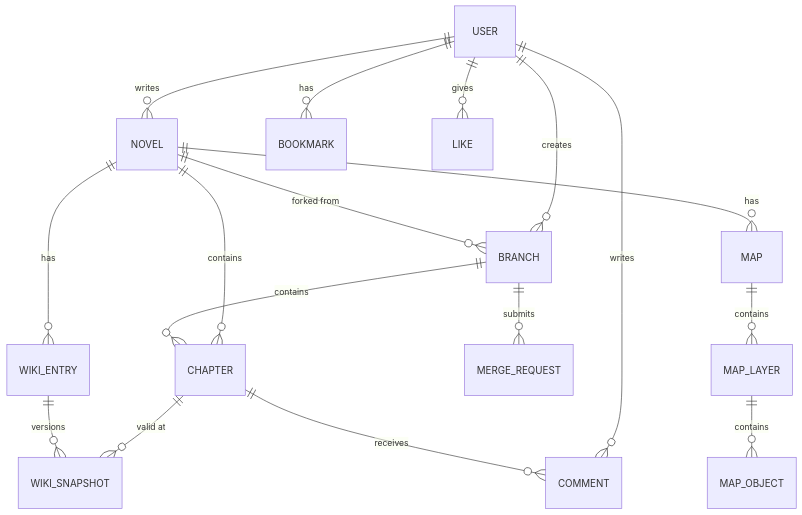
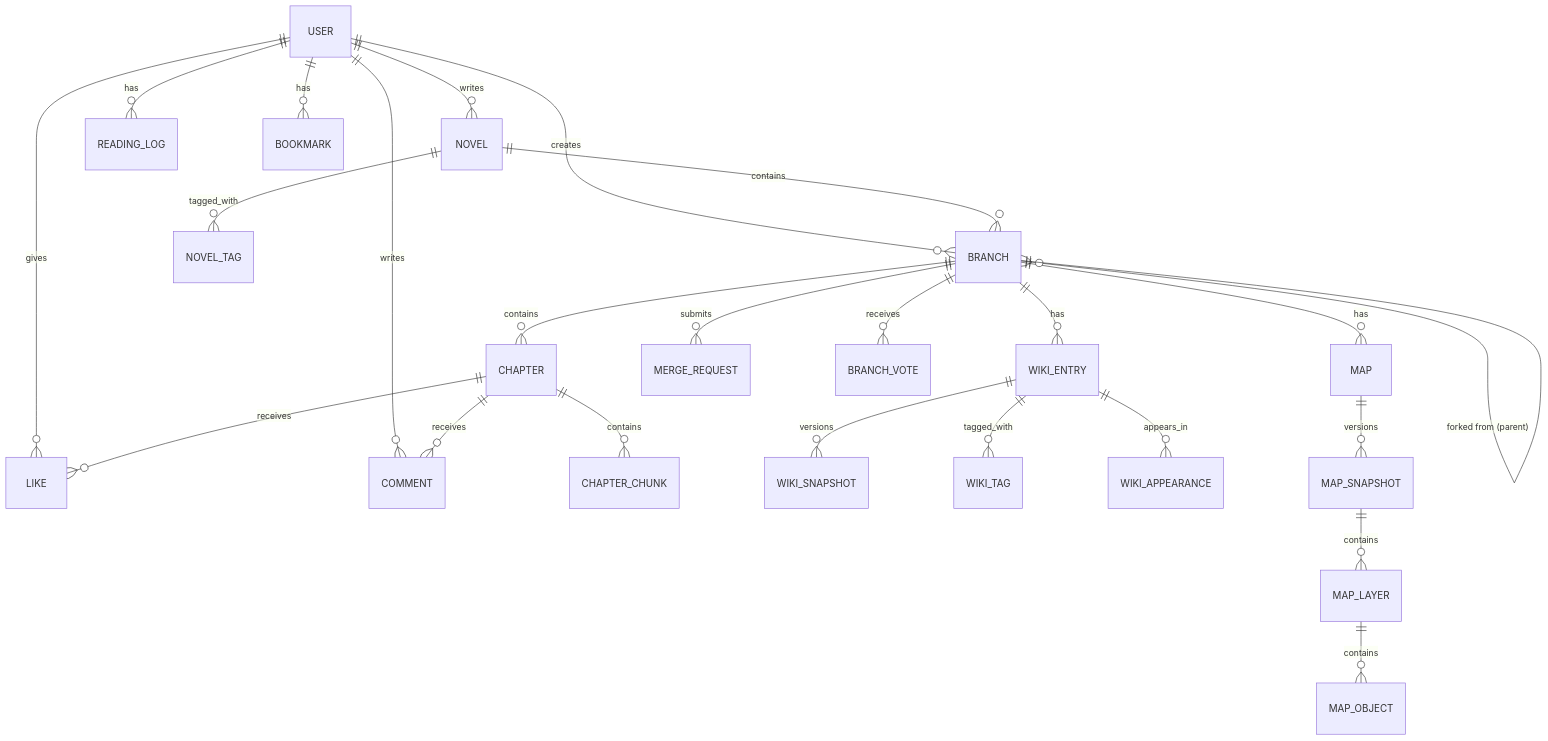
One commit to hueyjeong/ForkLore changed the diagram in docs/backend-architecture.md. Above: the diagram before and after it, drawn with Mermaid. The commit also changed other lines of this file and 1 other file, not shown here.

````diff
--- a/docs/backend-architecture.md
+++ b/docs/backend-architecture.md
@@ -249,24 +264,31 @@
 ```mermaid
 erDiagram
     USER ||--o{ NOVEL : writes
     USER ||--o{ BRANCH : creates
+    USER ||--o{ READING_LOG : has
     USER ||--o{ BOOKMARK : has
     USER ||--o{ LIKE : gives
     USER ||--o{ COMMENT : writes
     
-    NOVEL ||--o{ CHAPTER : contains
-    NOVEL ||--o{ WIKI_ENTRY : has
-    NOVEL ||--o{ BRANCH : "forked from"
-    NOVEL ||--o{ MAP : has
+    NOVEL ||--o{ BRANCH : contains
+    NOVEL ||--o{ NOVEL_TAG : tagged_with
     
-    CHAPTER ||--o{ WIKI_SNAPSHOT : "valid at"
+    BRANCH ||--o{ CHAPTER : contains
+    BRANCH ||--o{ WIKI_ENTRY : has
+    BRANCH ||--o{ MAP : has
+    BRANCH ||--o{ MERGE_REQUEST : submits
+    BRANCH ||--o{ BRANCH_VOTE : receives
+    BRANCH }o--|| BRANCH : "forked from (parent)"
+    
+    CHAPTER ||--o{ CHAPTER_CHUNK : contains
     CHAPTER ||--o{ COMMENT : receives
+    CHAPTER ||--o{ LIKE : receives
     
     WIKI_ENTRY ||--o{ WIKI_SNAPSHOT : versions
+    WIKI_ENTRY ||--o{ WIKI_TAG : tagged_with
+    WIKI_ENTRY ||--o{ WIKI_APPEARANCE : appears_in
     
-    BRANCH ||--o{ CHAPTER : contains
-    BRANCH ||--o{ MERGE_REQUEST : submits
-    
-    MAP ||--o{ MAP_LAYER : contains
+    MAP ||--o{ MAP_SNAPSHOT : versions
+    MAP_SNAPSHOT ||--o{ MAP_LAYER : contains
     MAP_LAYER ||--o{ MAP_OBJECT : contains
 ```
````
